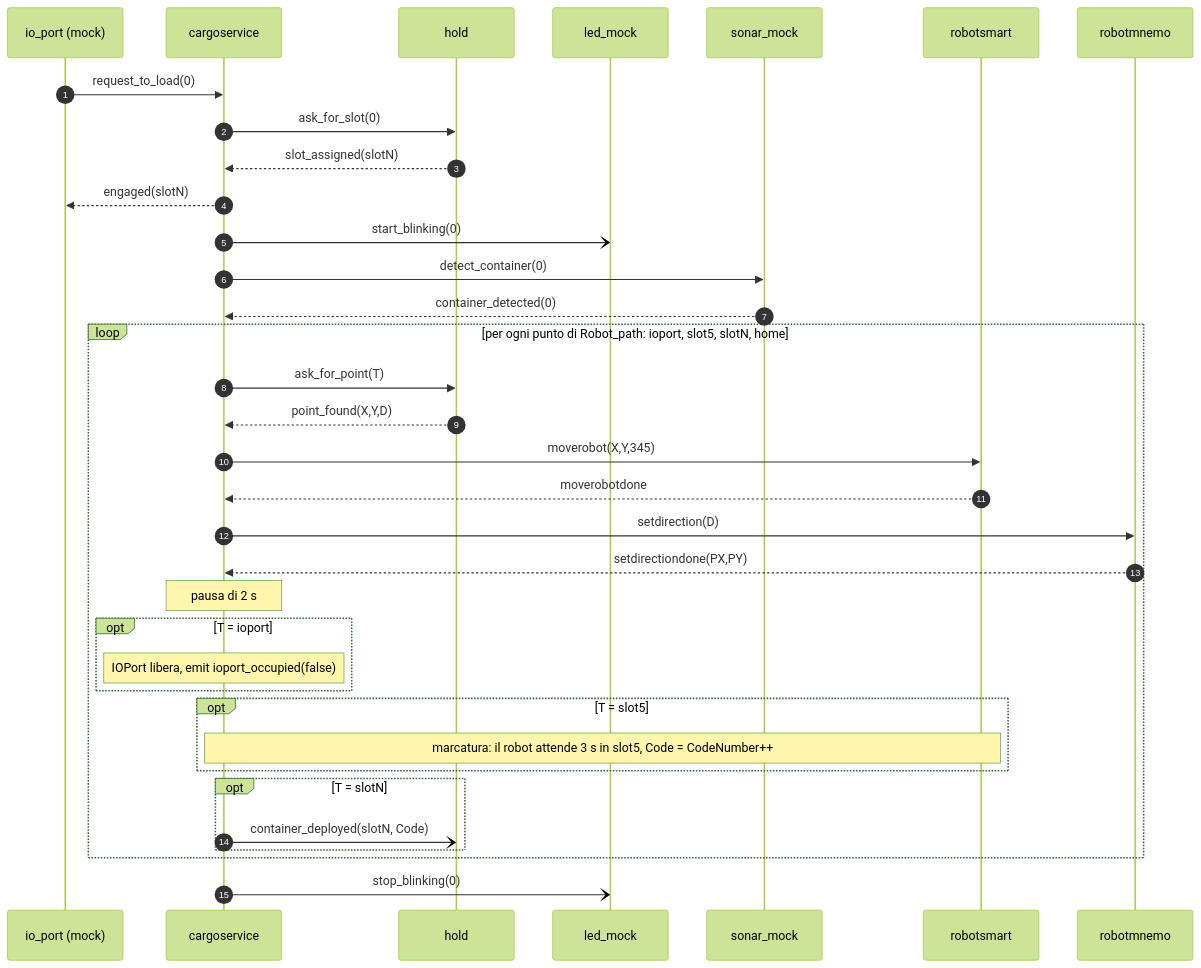
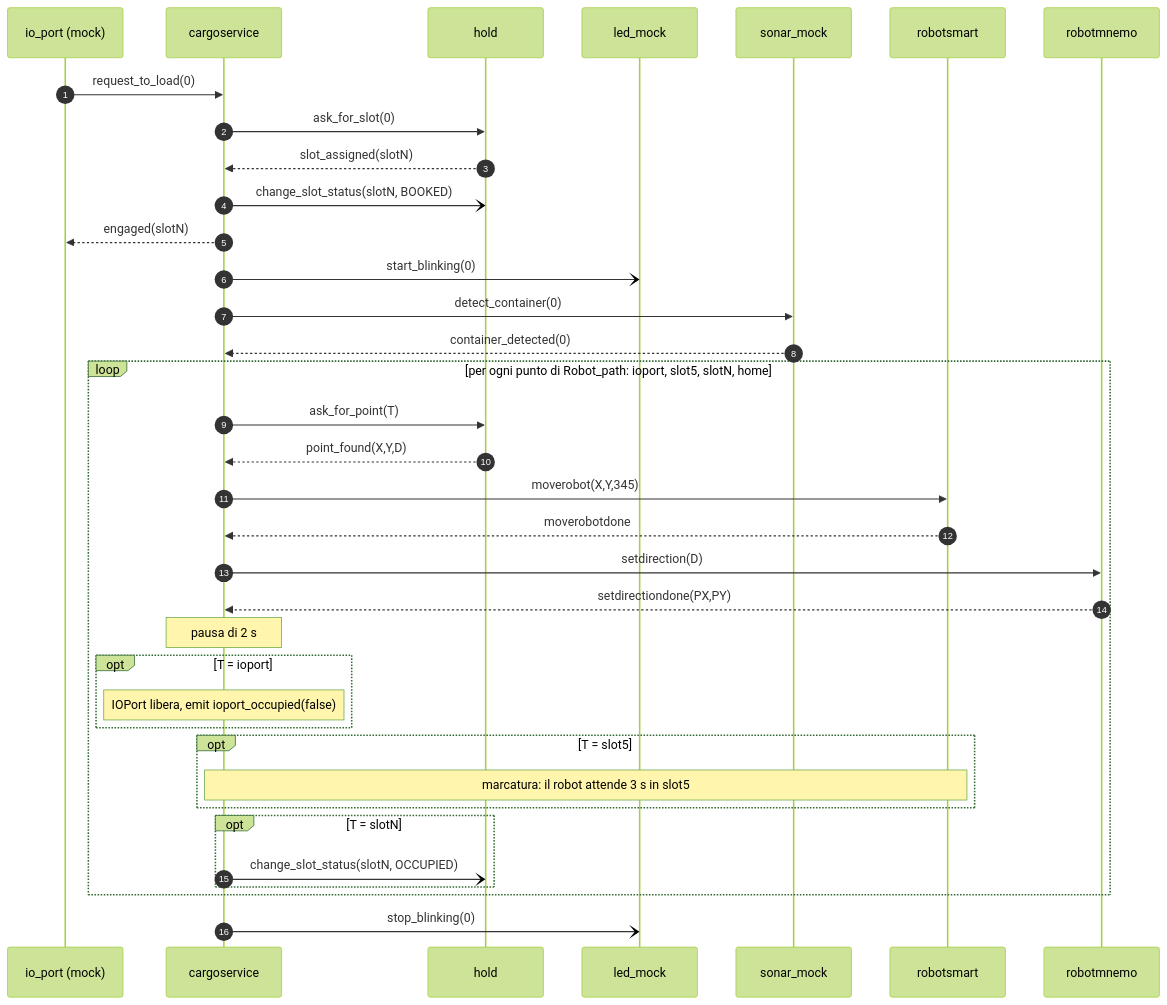
One commit to PietroMiloTasinato/Project_ISS changed the diagram in UserDocs/sprint1.md. Above: the diagram before and after it, drawn with Mermaid (forest theme). The commit also changed other lines of this file and 5 other files, not shown here.

````diff
--- a/UserDocs/sprint1.md
+++ b/UserDocs/sprint1.md
@@ -290,38 +289,39 @@
 ```mermaid
 sequenceDiagram
     autonumber
     participant IO as io_port (mock)
     participant CS as cargoservice
     participant H as hold
     participant L as led_mock
     participant S as sonar_mock
     participant R as robotsmart
     participant M as robotmnemo
 
     IO->>CS: request_to_load(0)
     CS->>H: ask_for_slot(0)
     H-->>CS: slot_assigned(slotN)
+    CS-)H: change_slot_status(slotN, BOOKED)
     CS-->>IO: engaged(slotN)
     CS-)L: start_blinking(0)
     CS->>S: detect_container(0)
     S-->>CS: container_detected(0)
     loop per ogni punto di Robot_path: ioport, slot5, slotN, home
         CS->>H: ask_for_point(T)
         H-->>CS: point_found(X,Y,D)
         CS->>R: moverobot(X,Y,345)
         R-->>CS: moverobotdone
         CS->>M: setdirection(D)
         M-->>CS: setdirectiondone(PX,PY)
         Note over CS: pausa di 2 s
         opt T = ioport
             Note over CS: IOPort libera, emit ioport_occupied(false)
         end
         opt T = slot5
-            Note over CS,R: marcatura: il robot attende 3 s in slot5, Code = CodeNumber++
+            Note over CS,R: marcatura: il robot attende 3 s in slot5
         end
         opt T = slotN
-            CS-)H: container_deployed(slotN, Code)
+            CS-)H: change_slot_status(slotN, OCCUPIED)
         end
     end
     CS-)L: stop_blinking(0)
 ```
````
